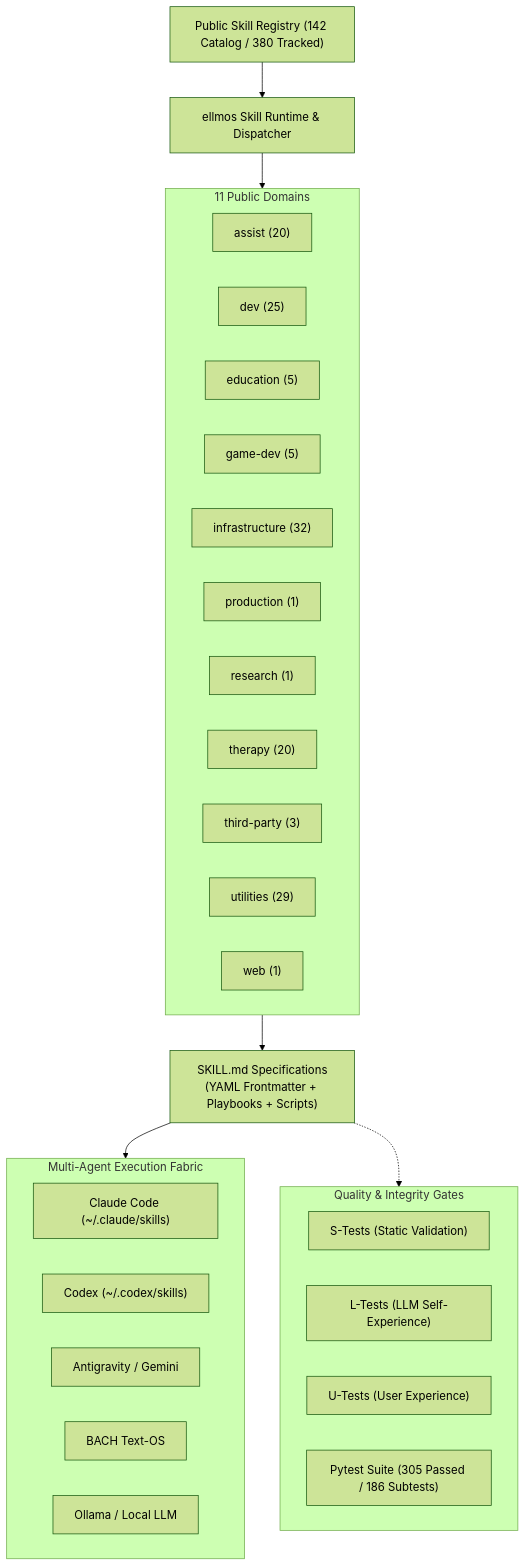
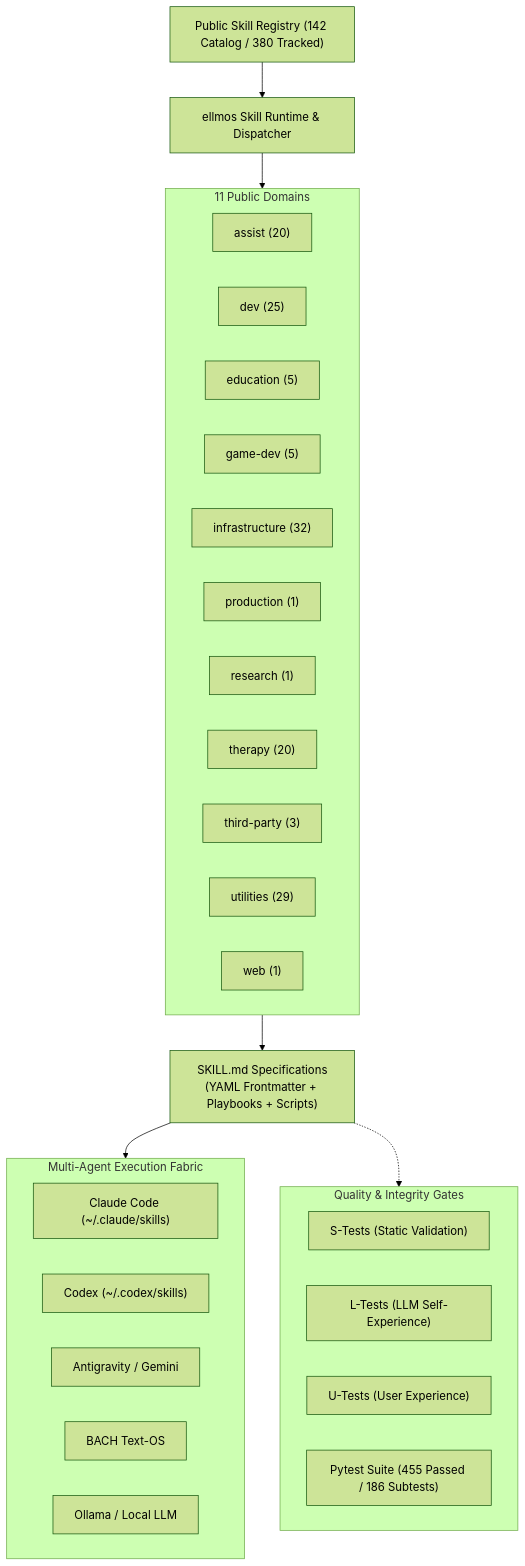
The first of 2 diagrams in README.md (ellmos-ai/skills), drawn with Mermaid (forest theme) before and after one commit. The commit also changed other lines of this file and 10 other files, not shown here.

First line of the commit message:
feat(marketing): discoverability, visual architecture, 18-point navigation parity & level 1 sbom companion (pfad b)

````diff
--- a/README.md
+++ b/README.md
@@ -72,40 +75,40 @@
 ```mermaid
 flowchart TD
     Registry["Public Skill Registry (142 Catalog / 380 Tracked)"] --> Engine["ellmos Skill Runtime & Dispatcher"]
     
     subgraph Catalog ["11 Public Domains"]
         Assist["assist (20)"]
         Dev["dev (25)"]
         Edu["education (5)"]
         Game["game-dev (5)"]
         Infra["infrastructure (32)"]
         Prod["production (1)"]
         Res["research (1)"]
         Therapy["therapy (20)"]
         ThirdParty["third-party (3)"]
         Utils["utilities (29)"]
         Web["web (1)"]
     end
     
     Engine --> Catalog
     Catalog --> Artifacts["SKILL.md Specifications<br/>(YAML Frontmatter + Playbooks + Scripts)"]
     
     subgraph MultiAgentRuntimes ["Multi-Agent Execution Fabric"]
         ClaudeCode["Claude Code (~/.claude/skills)"]
         Codex["Codex (~/.codex/skills)"]
         AGY["Antigravity / Gemini"]
         BACH["BACH Text-OS"]
         LocalOllama["Ollama / Local LLM"]
     end
     
     Artifacts --> MultiAgentRuntimes
     
     subgraph QualityGates ["Quality & Integrity Gates"]
         STests["S-Tests (Static Validation)"]
         LTests["L-Tests (LLM Self-Experience)"]
         UTests["U-Tests (User Experience)"]
-        PytestSuite["Pytest Suite (305 Passed / 186 Subtests)"]
+        PytestSuite["Pytest Suite (455 Passed / 186 Subtests)"]
     end
     
     Artifacts -.-> QualityGates
 ```
````
